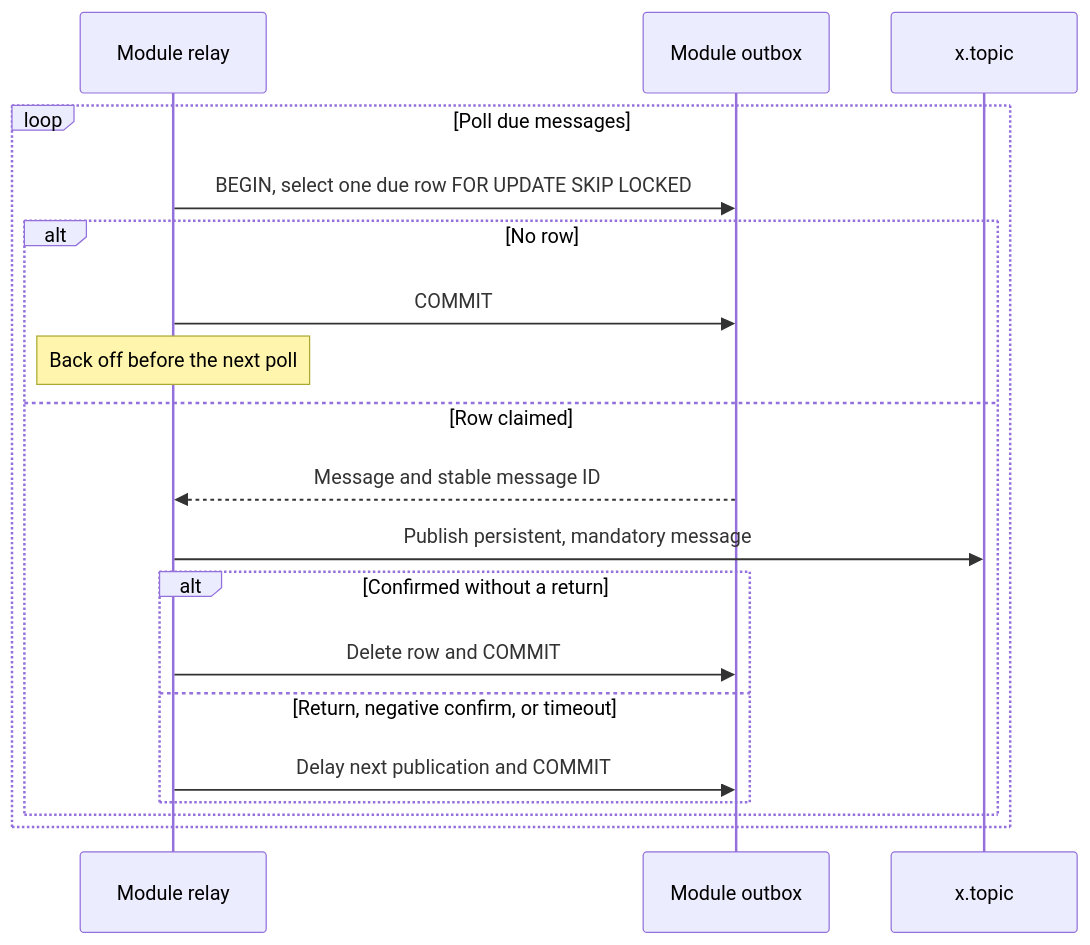
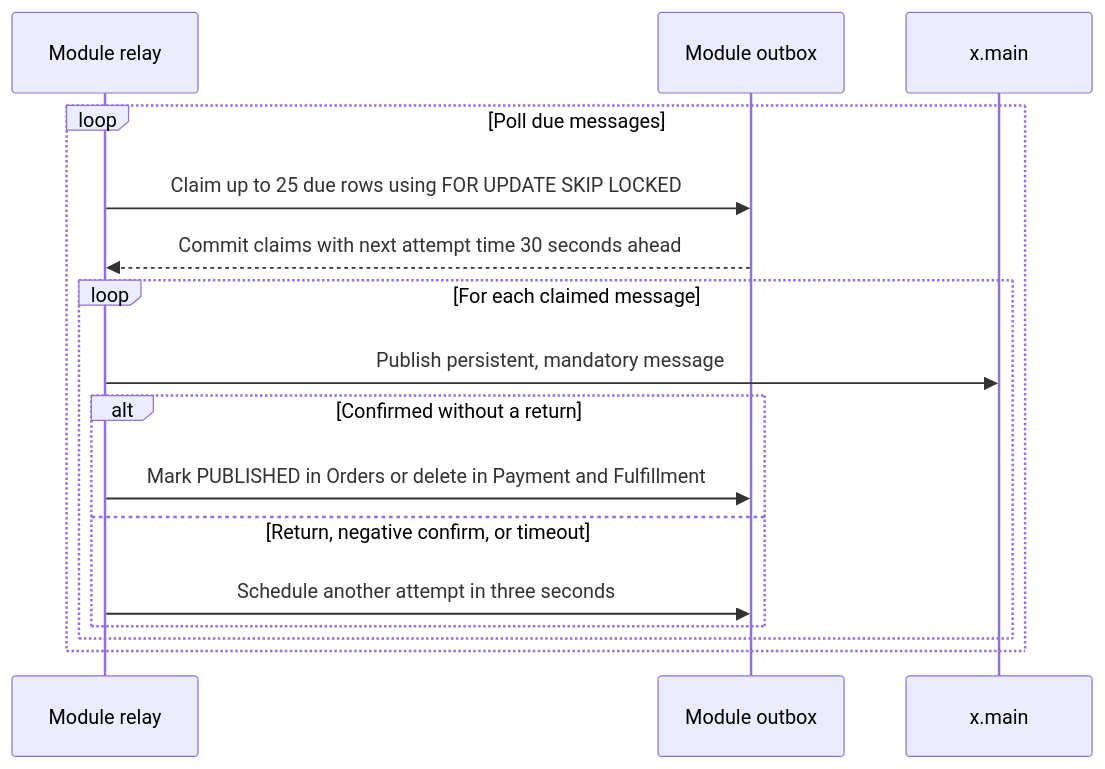
The second of 2 diagrams in docs/diagrams/create_order.md (dinno7/distributed-ecommerce), drawn with Mermaid before and after one commit. The commit also changed other lines of this file and 30 other files, not shown here.

````diff
--- a/docs/diagrams/create_order.md
+++ b/docs/diagrams/create_order.md
@@ -47,22 +44,19 @@
 ```mermaid
 sequenceDiagram
     participant Relay as Module relay
     participant DB as Module outbox
-    participant Topic as x.topic
+    participant Topic as x.main
 
     loop Poll due messages
-        Relay->>DB: BEGIN, select one due row FOR UPDATE SKIP LOCKED
-        alt No row
-            Relay->>DB: COMMIT
-            Note over Relay: Back off before the next poll
-        else Row claimed
-            DB-->>Relay: Message and stable message ID
+        Relay->>DB: Claim up to 25 due rows using FOR UPDATE SKIP LOCKED
+        DB-->>Relay: Commit claims with next attempt time 30 seconds ahead
+        loop For each claimed message
             Relay->>Topic: Publish persistent, mandatory message
             alt Confirmed without a return
-                Relay->>DB: Delete row and COMMIT
+                Relay->>DB: Mark PUBLISHED in Orders or delete in Payment and Fulfillment
             else Return, negative confirm, or timeout
-                Relay->>DB: Delay next publication and COMMIT
+                Relay->>DB: Schedule another attempt in three seconds
             end
         end
     end
 ```
````
